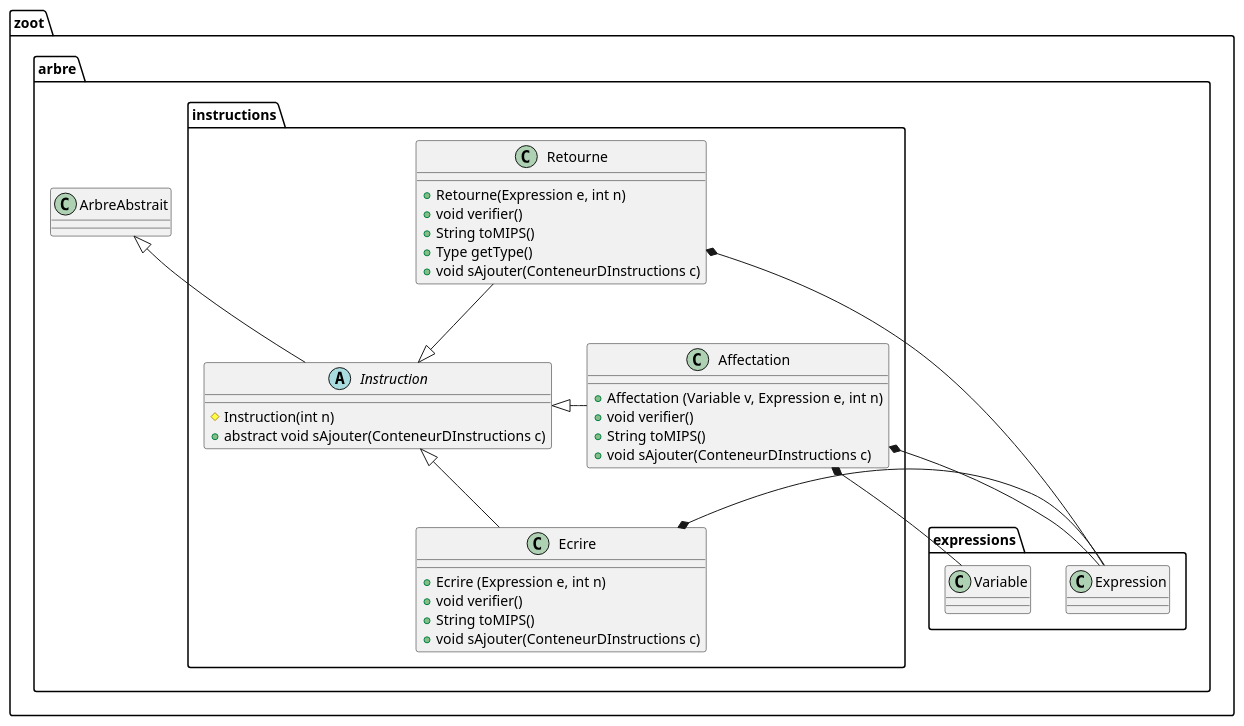
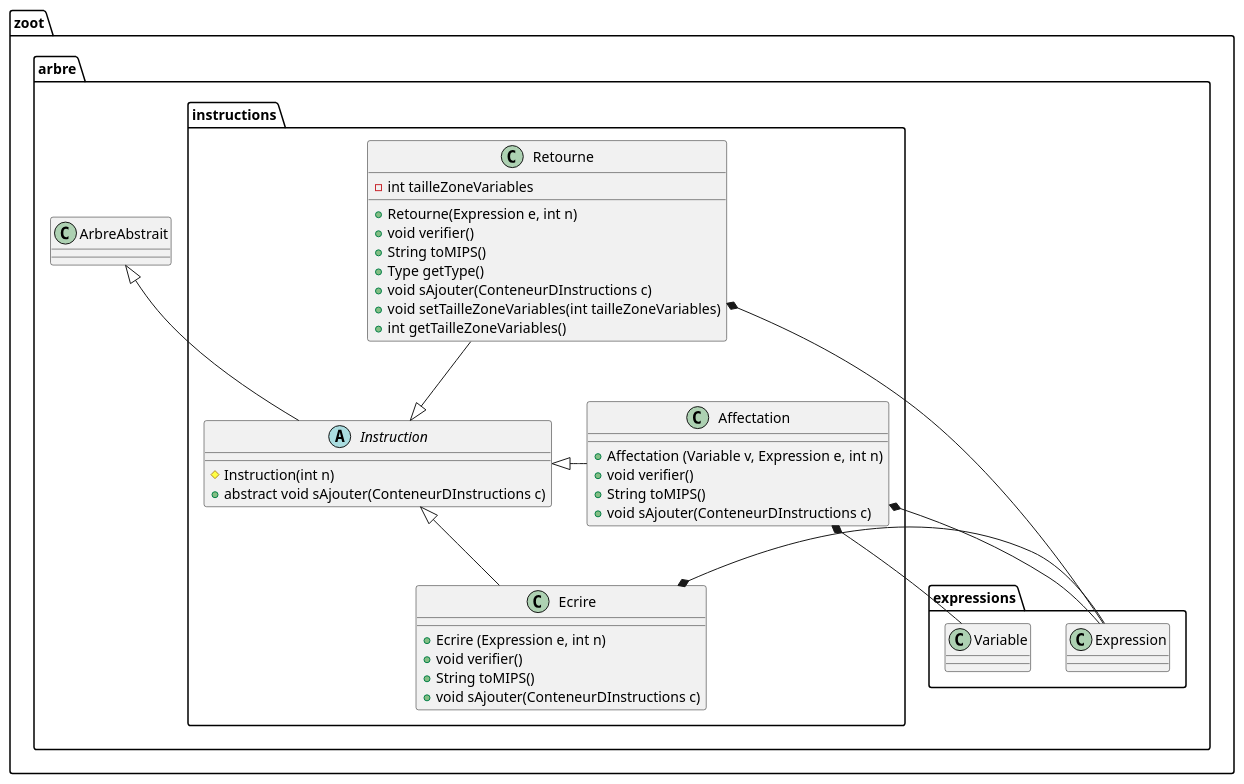
Before and after one commit to lmtb06/zoot: the diagram in diagrammes/classe/instructions.puml, drawn with PlantUML. The commit also changed 1 other file, not shown here.

Commit message:
Mise à jour du diagramme de classes
# Détails :
 - Les Retournes ont un nouveau champ qui vont leur permettre de liberer les variables locales de la fonction (avec le setter et le getter)
 - Ajout de nouvelles fonctions utilitaires dans MipsGenerator.

```diff
--- a/diagrammes/classe/instructions.puml
+++ b/diagrammes/classe/instructions.puml
@@ -1,44 +1,47 @@
 @startuml "Package instructions"
 
 namespace zoot.arbre.instructions {
     ' Includes
     ' Classes
     class Ecrire {
         + Ecrire (Expression e, int n)
         + void verifier()
         + String toMIPS()
         + void sAjouter(ConteneurDInstructions c)
     }
 
     class Affectation {
         + Affectation (Variable v, Expression e, int n)
         + void verifier()
         + String toMIPS()
         + void sAjouter(ConteneurDInstructions c)
     }
 
     class Retourne {
+        - int tailleZoneVariables
         + Retourne(Expression e, int n)
         + void verifier()
         + String toMIPS()
         + Type getType()
         + void sAjouter(ConteneurDInstructions c)
+        + void setTailleZoneVariables(int tailleZoneVariables)
+        + int getTailleZoneVariables()
     }
 
     abstract class Instruction {
         # Instruction(int n)
         + abstract void sAjouter(ConteneurDInstructions c)
     }
     
     ' Relations entre les classes
     Ecrire -up-|> Instruction
     Ecrire *-right- zoot.arbre.expressions.Expression
     Instruction -up-|> zoot.arbre.ArbreAbstrait
     Affectation -right-|> Instruction
     Affectation *-- zoot.arbre.expressions.Variable
     Affectation *-down- zoot.arbre.expressions.Expression
     Retourne *-- zoot.arbre.expressions.Expression
     Retourne --|> Instruction
 }
 
 @enduml
```
